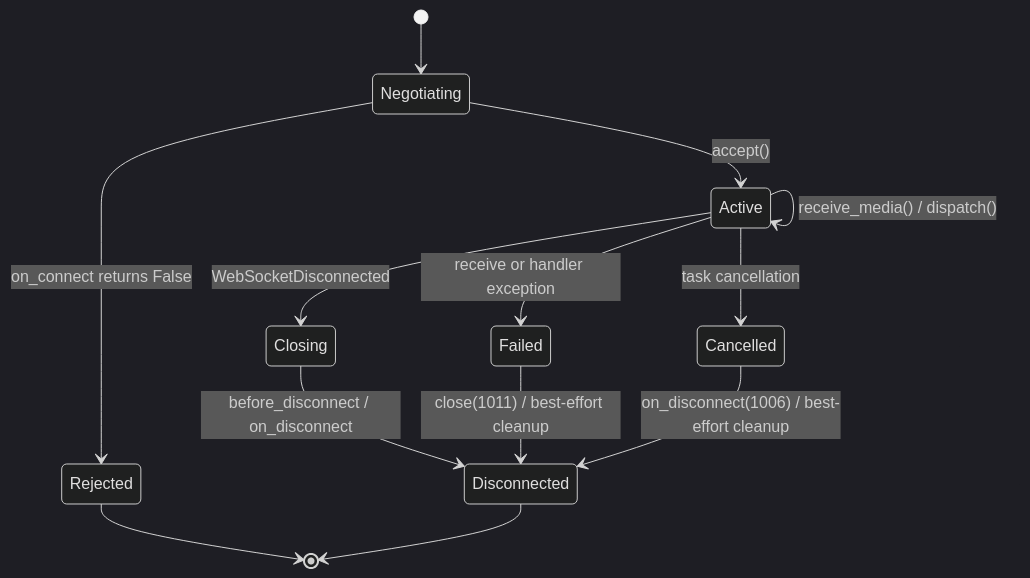
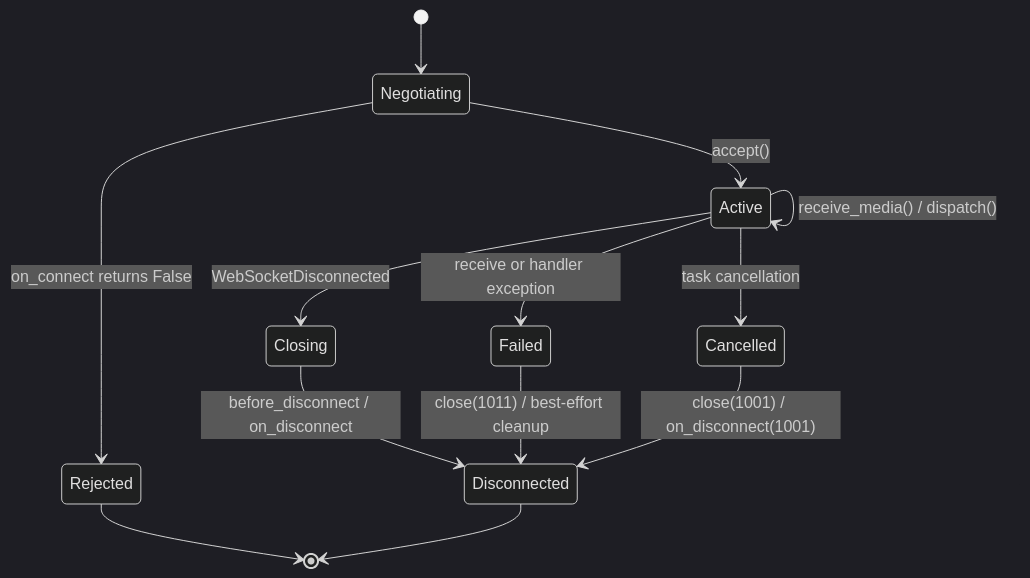
Before and after one commit to leynos/falcon-pachinko: diagram 14 of 20 in docs/falcon-websocket-extension-design.md, drawn with Mermaid (dark theme). The commit also changed other lines of this file and 29 other files, not shown here.

````diff
--- a/docs/falcon-websocket-extension-design.md
+++ b/docs/falcon-websocket-extension-design.md
@@ -1668,17 +1671,17 @@
 ```mermaid
 stateDiagram-v2
     accTitle: WebSocket session state transitions
     accDescr: Negotiation accepts or rejects. Active dispatches until close, error, or cancellation; cleanup follows.
     [*] --> Negotiating
     Negotiating --> Rejected: on_connect returns False
     Negotiating --> Active: accept()
     Active --> Active: receive_media() / dispatch()
     Active --> Closing: WebSocketDisconnected
     Active --> Failed: receive or handler exception
     Active --> Cancelled: task cancellation
     Closing --> Disconnected: before_disconnect / on_disconnect
     Failed --> Disconnected: close(1011) / best-effort cleanup
-    Cancelled --> Disconnected: on_disconnect(1006) / best-effort cleanup
+    Cancelled --> Disconnected: close(1001) / on_disconnect(1001)
     Rejected --> [*]
     Disconnected --> [*]
 ```
````
